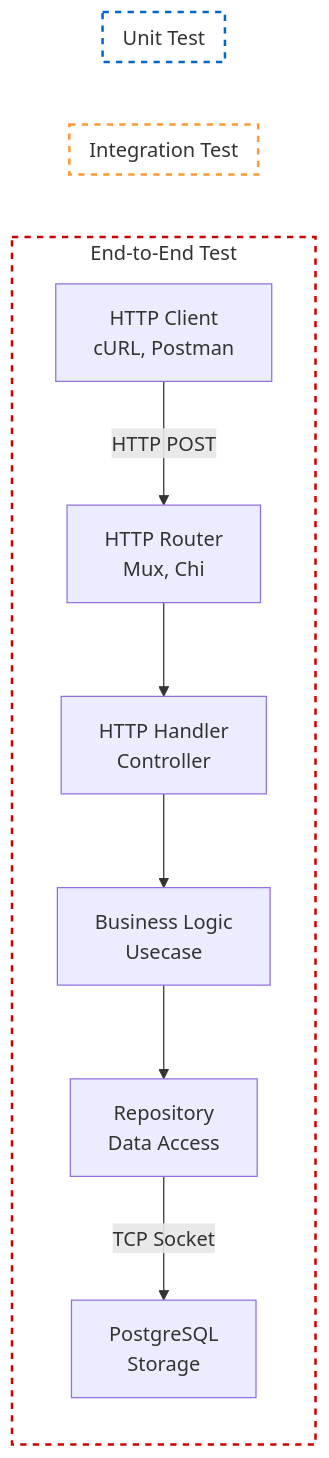
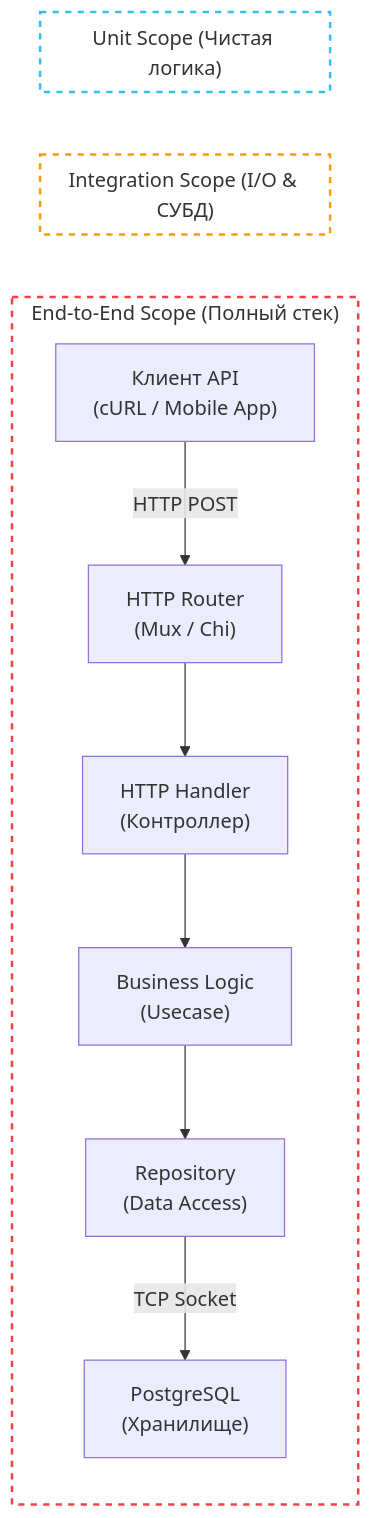
Before and after one commit to UnrealTemplier/go-textbook: the second of 2 diagrams in sources/15. Тестирование в Go (QA & Testing)/01. Фундамент/2. Виды тестирования. Unit, Integration, E2E.md, drawn with Mermaid. The commit also changed other lines of this file, not shown here.

````diff
--- a/sources/15. Тестирование в Go (QA & Testing)/01. Фундамент/2. Виды тестирования. Unit, Integration, E2E.md
+++ b/sources/15. Тестирование в Go (QA & Testing)/01. Фундамент/2. Виды тестирования. Unit, Integration, E2E.md
@@ -116,37 +141,37 @@
 ```mermaid
 flowchart LR
-    Client["HTTP Client <br> cURL, Postman"]
-    Router["HTTP Router <br> Mux, Chi"]
-    Handler["HTTP Handler <br> Controller"]
-    Service["Business Logic <br> Usecase"]
-    Repo["Repository <br> Data Access"]
-    DB["PostgreSQL <br> Storage"]
+    Client["Клиент API<br>(cURL / Mobile App)"]
+    Router["HTTP Router<br>(Mux / Chi)"]
+    Handler["HTTP Handler<br>(Контроллер)"]
+    Service["Business Logic<br>(Usecase)"]
+    Repo["Repository<br>(Data Access)"]
+    DB["PostgreSQL<br>(Хранилище)"]
 
     Client -->|HTTP POST| Router
     Router --> Handler
     Handler --> Service
     Service --> Repo
     Repo -->|TCP Socket| DB
 
-    subgraph ScopeE2E ["End-to-End Test"]
+    subgraph ScopeE2E ["End-to-End Scope (Полный стек)"]
         Client
         Router
         Handler
         Service
         Repo
         DB
     end
 
-    subgraph ScopeInteg ["Integration Test"]
+    subgraph ScopeInteg ["Integration Scope (I/O & СУБД)"]
         Repo
         DB
     end
 
-    subgraph ScopeUnit ["Unit Test"]
+    subgraph ScopeUnit ["Unit Scope (Чистая логика)"]
         Service
     end
     
-    style ScopeUnit fill:none,stroke:#0066cc,stroke-dasharray: 5 5,stroke-width:2px
-    style ScopeInteg fill:none,stroke:#ff9933,stroke-dasharray: 5 5,stroke-width:2px
-    style ScopeE2E fill:none,stroke:#cc0000,stroke-dasharray: 5 5,stroke-width:2px
+    style ScopeUnit fill:none,stroke:#38bdf8,stroke-dasharray: 5 5,stroke-width:2px
+    style ScopeInteg fill:none,stroke:#f59e0b,stroke-dasharray: 5 5,stroke-width:2px
+    style ScopeE2E fill:none,stroke:#ef4444,stroke-dasharray: 5 5,stroke-width:2px
 ```
````
